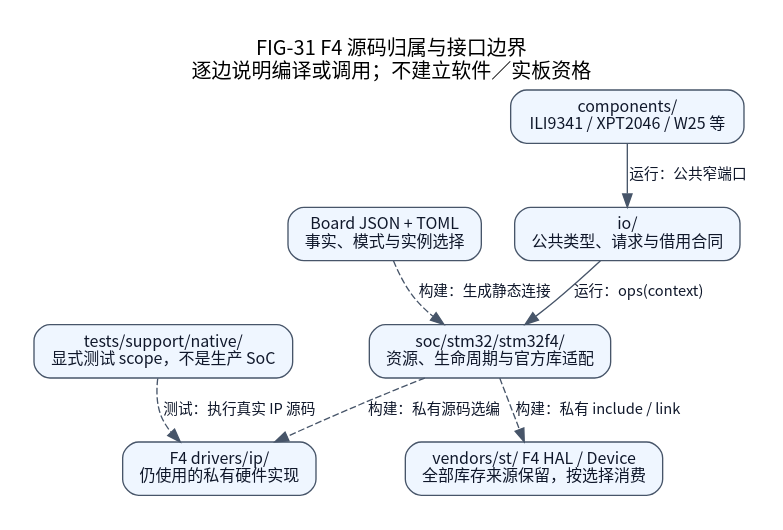
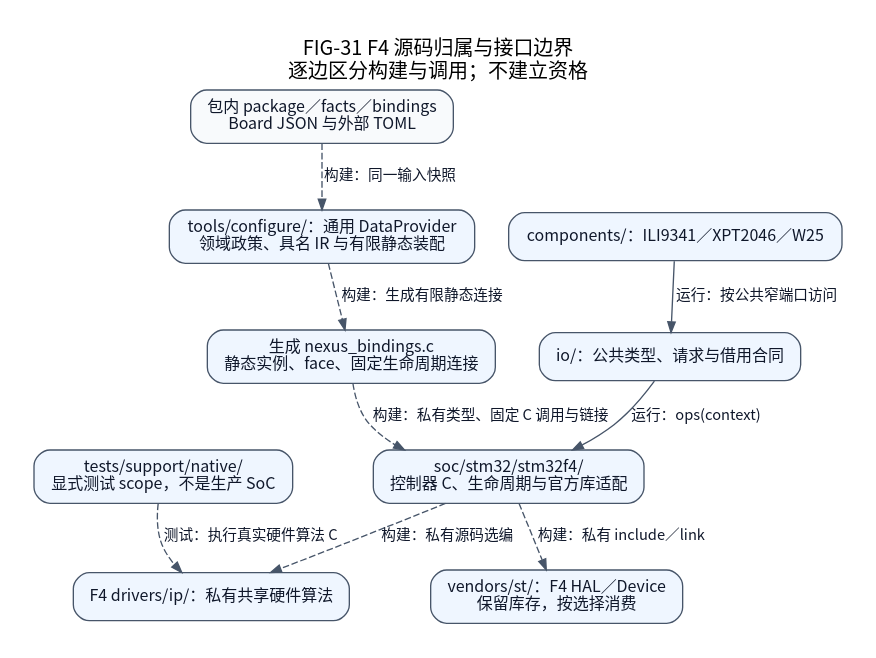
One commit to X-Gen-Lab/nexus changed the diagram in docs/assets/diagrams/localized/zh_CN/driver-source-ownership.dot. Above: the diagram before and after it, drawn with Graphviz. The commit also changed 614 other files, not shown here.

```diff
--- a/docs/assets/diagrams/localized/zh_CN/driver-source-ownership.dot
+++ b/docs/assets/diagrams/localized/zh_CN/driver-source-ownership.dot
@@ -1,19 +1,24 @@
-// FIG-31 current: F4 source ownership; labels distinguish calls and build inputs.
+// Current scoped view. Build-time arrows and runtime calls are labeled explicitly.
+// Code basis: soc/stm32/stm32f4/CMakeLists.txt; tools/configure/data_provider.py; bindings.py; tests/support/native/CMakeLists.txt; io/include/nexus/io
 digraph F4SourceOwnership {
-  graph [rankdir=TB, bgcolor="white", pad=0.25, nodesep=0.35, ranksep=0.5, fontname="Noto Sans CJK SC", fontsize=15, labelloc=t, label="FIG-31 F4 源码归属与接口边界\n逐边说明编译或调用；不建立软件／实板资格"];
-  node [shape=box, style="rounded,filled", fillcolor="#eff6ff", color="#475569", fontcolor="#0f172a", fontname="Noto Sans CJK SC", fontsize=12, margin="0.16,0.10"];
-  edge [color="#475569", fontcolor="#0f172a", fontname="Noto Sans CJK SC", fontsize=11];
-  io [label="io/\n公共类型、请求与借用合同"];
-  f4 [label="soc/stm32/stm32f4/\n资源、生命周期与官方库适配"];
-  ip [label="F4 drivers/ip/\n仍使用的私有硬件实现"];
-  vendor [label="vendors/st/ F4 HAL / Device\n全部库存来源保留，按选择消费"];
-  host [label="tests/support/native/\n显式测试 scope，不是生产 SoC"];
-  components [label="components/\nILI9341 / XPT2046 / W25 等"];
-  config [label="Board JSON + TOML\n事实、模式与实例选择"];
-  io -> f4 [label="运行：ops(context)"];
-  f4 -> ip [label="构建：私有源码选编", style=dashed];
-  f4 -> vendor [label="构建：私有 include / link", style=dashed];
-  host -> ip [label="测试：执行真实 IP 源码", style=dashed];
-  components -> io [label="运行：公共窄端口"];
-  config -> f4 [label="构建：生成静态连接", style=dashed];
+    graph [label="FIG-31 F4 源码归属与接口边界\n逐边区分构建与调用；不建立资格", rankdir=TB, bgcolor="white", pad=0.25, nodesep=0.35, ranksep=0.52, fontname="Noto Sans CJK SC", fontsize=15, labelloc=t];
+    node [shape=box, style="rounded,filled", fillcolor="#eff6ff", color="#475569", fontcolor="#0f172a", fontname="Noto Sans CJK SC", fontsize=12, margin="0.16,0.10"];
+    edge [color="#475569", fontcolor="#0f172a", fontname="Noto Sans CJK SC", fontsize=11, arrowsize=0.8];
+    io [label="io/：公共类型、请求与借用合同"];
+    f4 [label="soc/stm32/stm32f4/\n控制器 C、生命周期与官方库适配"];
+    ip [label="F4 drivers/ip/：私有共享硬件算法"];
+    vendor [label="vendors/st/：F4 HAL／Device\n保留库存，按选择消费"];
+    host [label="tests/support/native/\n显式测试 scope，不是生产 SoC"];
+    components [label="components/：ILI9341／XPT2046／W25"];
+    facts [label="包内 package／facts／bindings\nBoard JSON 与外部 TOML", fillcolor="#f8fafc"];
+    config [label="tools/configure/：通用 DataProvider\n领域政策、具名 IR 与有限静态装配"];
+    assembly [label="生成 nexus_bindings.c\n静态实例、face、固定生命周期连接"];
+    components -> io [label="运行：按公共窄端口访问"];
+    io -> f4 [label="运行：ops(context)"];
+    f4 -> ip [label="构建：私有源码选编", style=dashed];
+    f4 -> vendor [label="构建：私有 include／link", style=dashed];
+    host -> ip [label="测试：执行真实硬件算法 C", style=dashed];
+    facts -> config [label="构建：同一输入快照", style=dashed];
+    config -> assembly [label="构建：生成有限静态连接", style=dashed];
+    assembly -> f4 [label="构建：私有类型、固定 C 调用与链接", style=dashed];
 }
```
